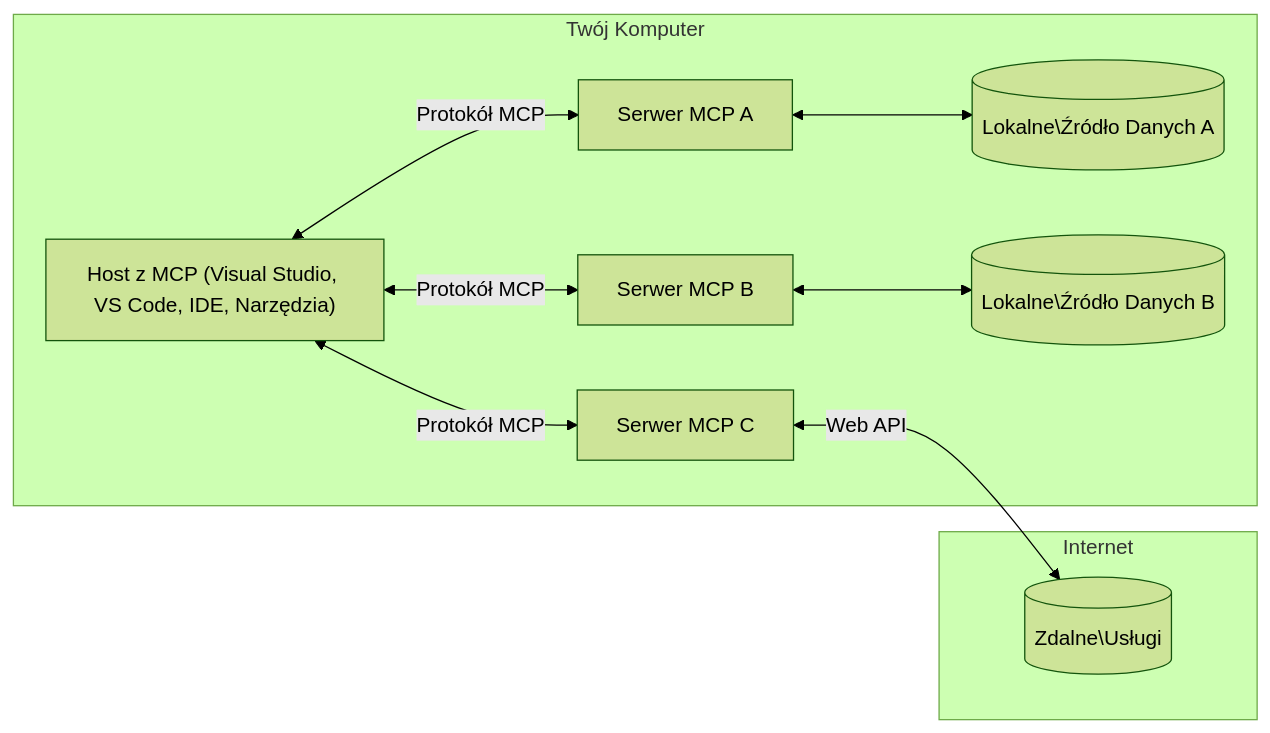
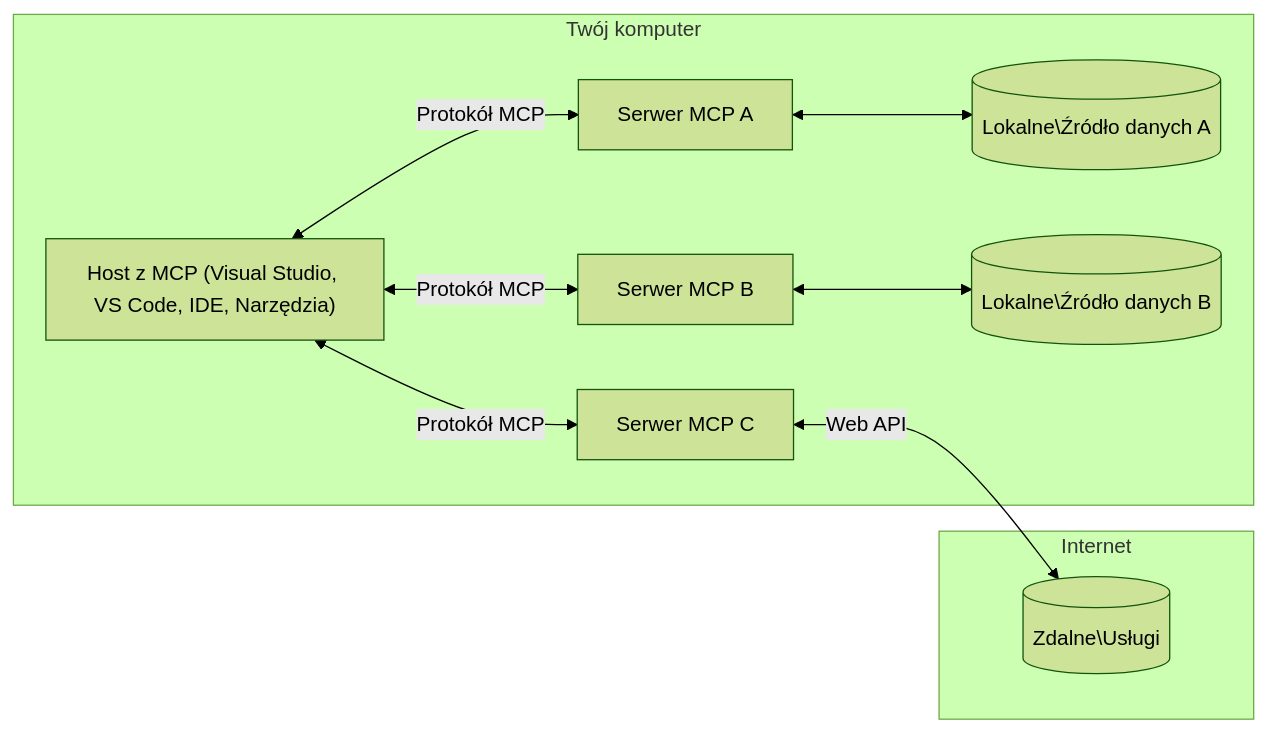
The diagram in translations/pl/01-CoreConcepts/README.md (Mu-L/mcp-for-beginners), drawn with Mermaid (forest theme) before and after one commit. The commit also changed other lines of this file and 110 other files, not shown here.

````diff
--- a/translations/pl/01-CoreConcepts/README.md
+++ b/translations/pl/01-CoreConcepts/README.md
@@ -45,17 +45,17 @@
 ```mermaid
 flowchart LR
-    subgraph "Twój Komputer"
+    subgraph "Twój komputer"
         Host["Host z MCP (Visual Studio, VS Code, IDE, Narzędzia)"]
         S1["Serwer MCP A"]
         S2["Serwer MCP B"]
         S3["Serwer MCP C"]
         Host <-->|"Protokół MCP"| S1
         Host <-->|"Protokół MCP"| S2
         Host <-->|"Protokół MCP"| S3
-        S1 <--> D1[("Lokalne\Źródło Danych A")]
-        S2 <--> D2[("Lokalne\Źródło Danych B")]
+        S1 <--> D1[("Lokalne\Źródło danych A")]
+        S2 <--> D2[("Lokalne\Źródło danych B")]
     end
     subgraph "Internet"
         S3 <-->|"Web API"| D3[("Zdalne\Usługi")]
     end
 ```
````
